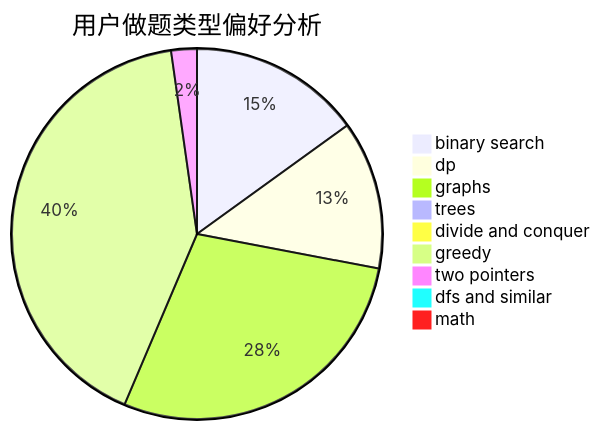
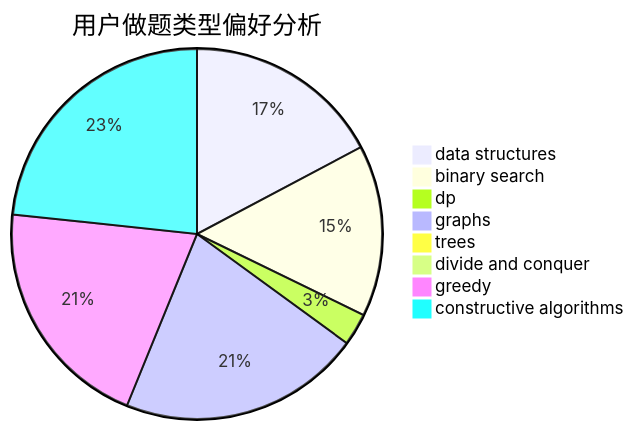
The second of 3 diagrams in docs/user/u2080.md (sherpahu/cfrs.github.io), drawn with Mermaid before and after one commit. The commit also changed other lines of this file and 2775 other files, not shown here.

````diff
--- a/docs/user/u2080.md
+++ b/docs/user/u2080.md
@@ -23,12 +23,11 @@
 ```mermaid
 pie title 用户做题类型偏好分析
-    "binary search" :  181
-    "dp" :  156
-    "graphs" :  342
-    "trees" :  5
-    "divide and conquer" :  7
-    "greedy" :  498
-    "two pointers" :  27
-    "dfs and similar" :  9
-    "math" :  9
+    "data structures" :  190
+    "binary search" :  165
+    "dp" :  31
+    "graphs" :  233
+    "trees" :  0
+    "divide and conquer" :  0
+    "greedy" :  226
+    "constructive algorithms" :  257
 ```
````
